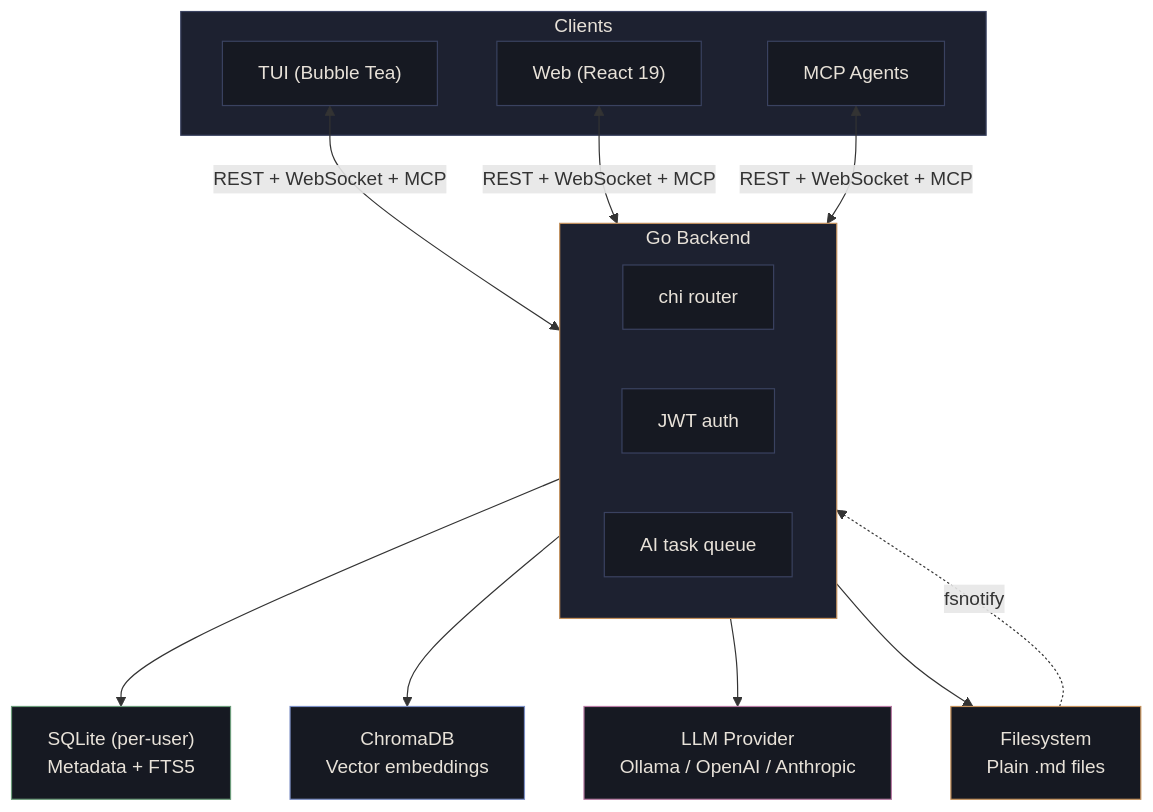
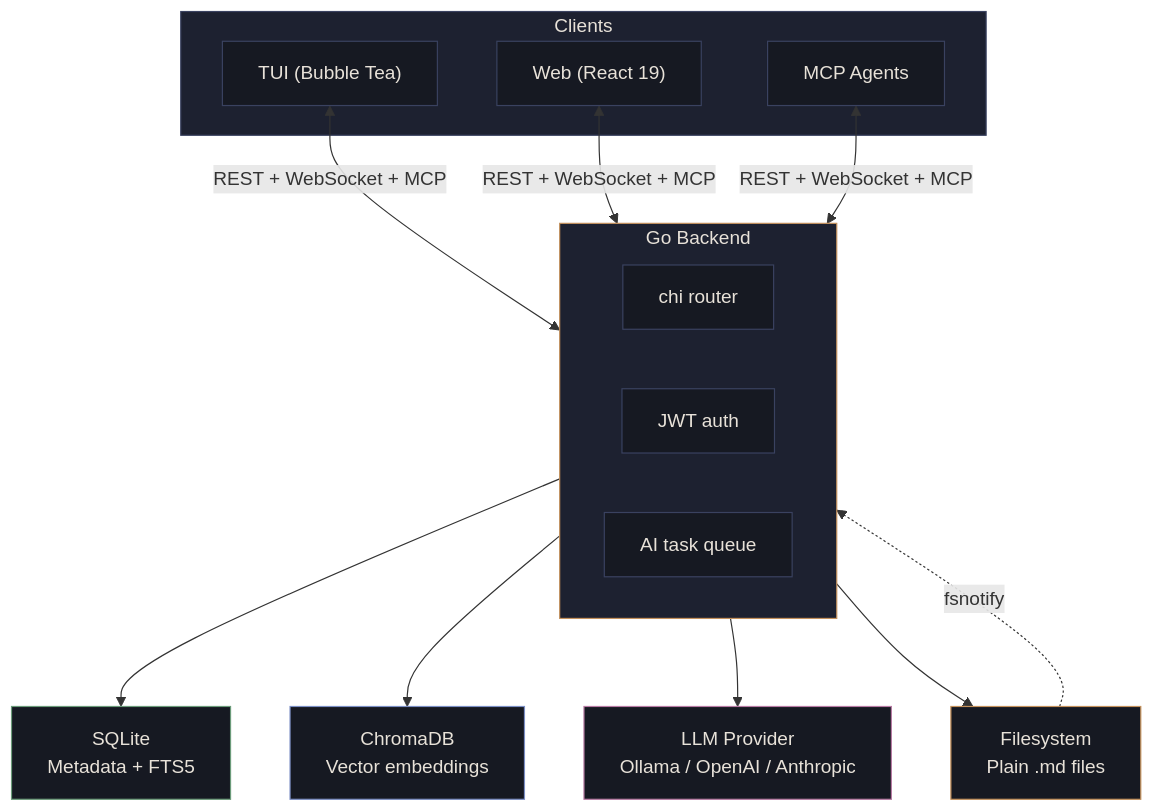
The diagram in docs/architecture.md (0spoon/seam), drawn with Mermaid before and after one commit. The commit also changed other lines of this file and 2 other files, not shown here.

````diff
--- a/docs/architecture.md
+++ b/docs/architecture.md
@@ -5,36 +5,36 @@
 ```mermaid
 graph TD
     subgraph Clients
         TUI["TUI (Bubble Tea)"]
         Web["Web (React 19)"]
         MCP["MCP Agents"]
     end
 
     TUI & Web & MCP <-->|"REST + WebSocket + MCP"| Backend
 
     subgraph Backend["Go Backend"]
         Router["chi router"]
         Auth["JWT auth"]
         Queue["AI task queue"]
     end
 
-    Backend --> SQLite["SQLite (per-user)<br/>Metadata + FTS5"]
+    Backend --> SQLite["SQLite<br/>Metadata + FTS5"]
     Backend --> Chroma["ChromaDB<br/>Vector embeddings"]
     Backend --> LLM["LLM Provider<br/>Ollama / OpenAI / Anthropic"]
     Backend --> FS["Filesystem<br/>Plain .md files"]
 
     FS -.->|"fsnotify"| Backend
 
     style Backend fill:#1d2130,stroke:#c4915c,color:#e8e2d9
     style Clients fill:#1d2130,stroke:#3a4260,color:#e8e2d9
     style TUI fill:#161922,stroke:#3a4260,color:#e8e2d9
     style Web fill:#161922,stroke:#3a4260,color:#e8e2d9
     style MCP fill:#161922,stroke:#3a4260,color:#e8e2d9
     style Router fill:#161922,stroke:#3a4260,color:#e8e2d9
     style Auth fill:#161922,stroke:#3a4260,color:#e8e2d9
     style Queue fill:#161922,stroke:#3a4260,color:#e8e2d9
     style SQLite fill:#161922,stroke:#6b9b7a,color:#e8e2d9
     style Chroma fill:#161922,stroke:#7b8ec4,color:#e8e2d9
     style LLM fill:#161922,stroke:#b87ba4,color:#e8e2d9
     style FS fill:#161922,stroke:#c4915c,color:#e8e2d9
 ```
````
